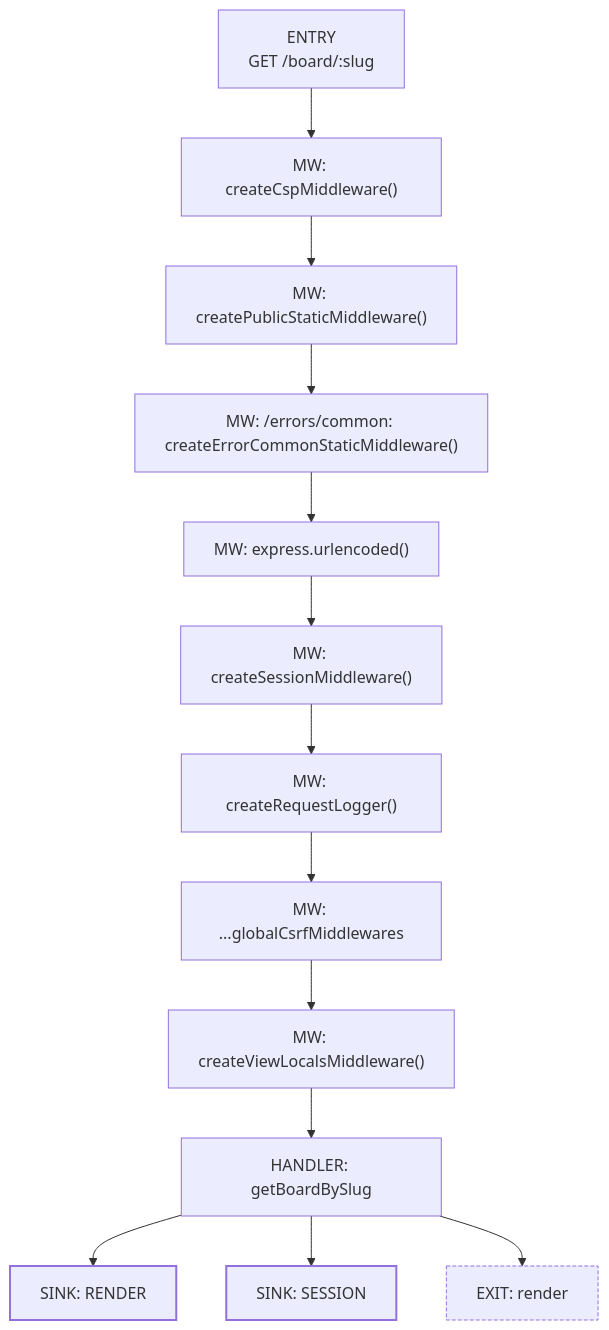
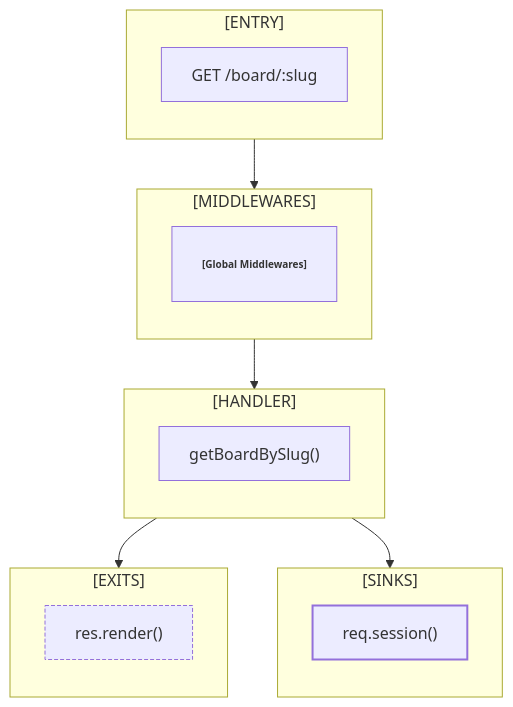
The diagram in docs/flowmap/flows/GET__board_slug.mmd (irondenker/my-code-my-kill), drawn with Mermaid before and after one commit. The commit also changed 93 other files, not shown here.

Commit message:
📚 Docs: Regenerate flowmap artifacts for updated endpoint maps

```diff
--- a/docs/flowmap/flows/GET__board_slug.mmd
+++ b/docs/flowmap/flows/GET__board_slug.mmd
@@ -1,18 +1,32 @@
 flowchart TD
-ENTRY["ENTRY\nGET /board/:slug"]
-ENTRY --> MW1["MW: createCspMiddleware()"]
-MW1 --> MW2["MW: createPublicStaticMiddleware()"]
-MW2 --> MW3["MW: /errors/common: createErrorCommonStaticMiddleware()"]
-MW3 --> MW4["MW: express.urlencoded()"]
-MW4 --> MW5["MW: createSessionMiddleware()"]
-MW5 --> MW6["MW: createRequestLogger()"]
-MW6 --> MW7["MW: ...globalCsrfMiddlewares"]
-MW7 --> MW8["MW: createViewLocalsMiddleware()"]
-MW8 --> HANDLER["HANDLER: getBoardBySlug"]
-HANDLER --> SINK1["SINK: RENDER"]
-HANDLER --> SINK2["SINK: SESSION"]
-HANDLER --> EXIT1["EXIT: render"]
+subgraph ENTRY_BLOCK["[ENTRY]"]
+direction TB
+ENTRY["GET /board/:slug"]
+end
+subgraph MIDDLEWARES["[MIDDLEWARES]"]
+direction TB
+MIDDLEWARE1["<b>[Global Middlewares]</b>"]
+end
+ENTRY --> MIDDLEWARE1
+subgraph HANDLER_BLOCK["[HANDLER]"]
+direction TB
+HANDLER["getBoardBySlug()"]
+end
+MIDDLEWARE1 --> HANDLER
+subgraph SINKS["[SINKS]"]
+direction TB
+SINK1["req.session()"]
+end
+HANDLER --> SINK1
+subgraph EXITS["[EXITS]"]
+direction TB
+EXIT1["res.render()"]
+end
+HANDLER --> EXIT1
+classDef middleware font-size:10px,padding:2px,stroke-width:1;
+classDef diagnostics stroke-dasharray: 2 2;
 classDef sink stroke-width:2;
 classDef exit stroke-dasharray: 4 2;
-class SINK1,SINK2 sink;
+class MIDDLEWARE1 middleware;
+class SINK1 sink;
 class EXIT1 exit;
```
